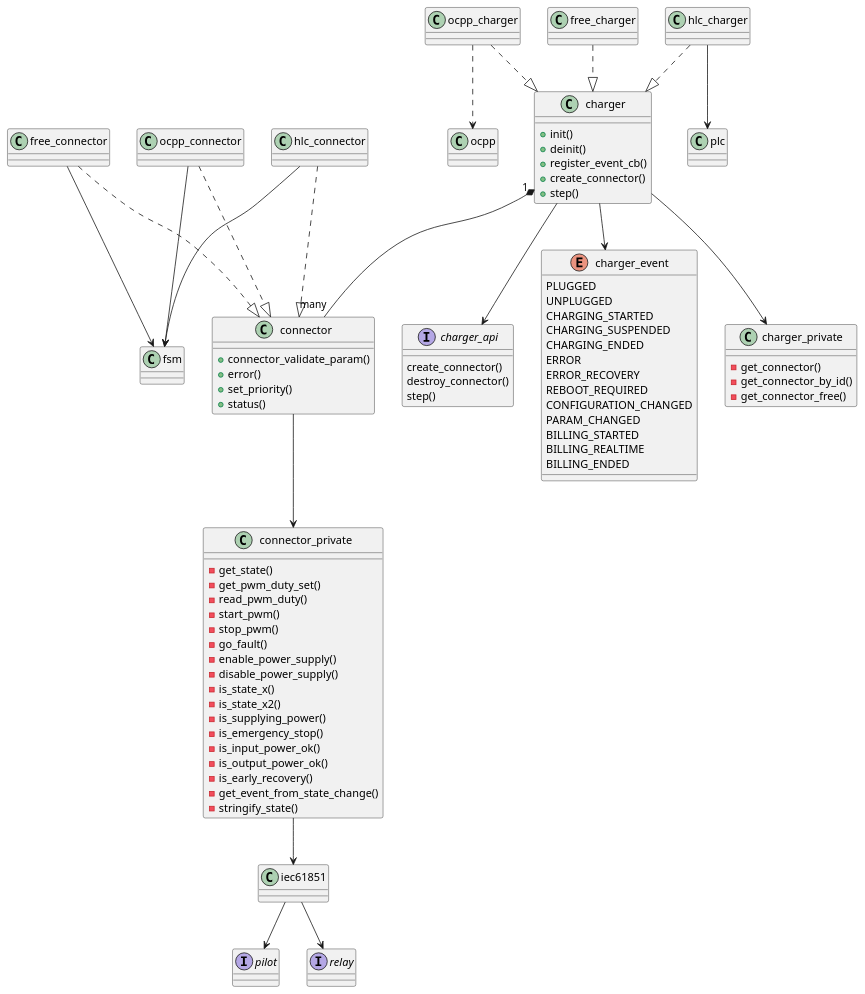
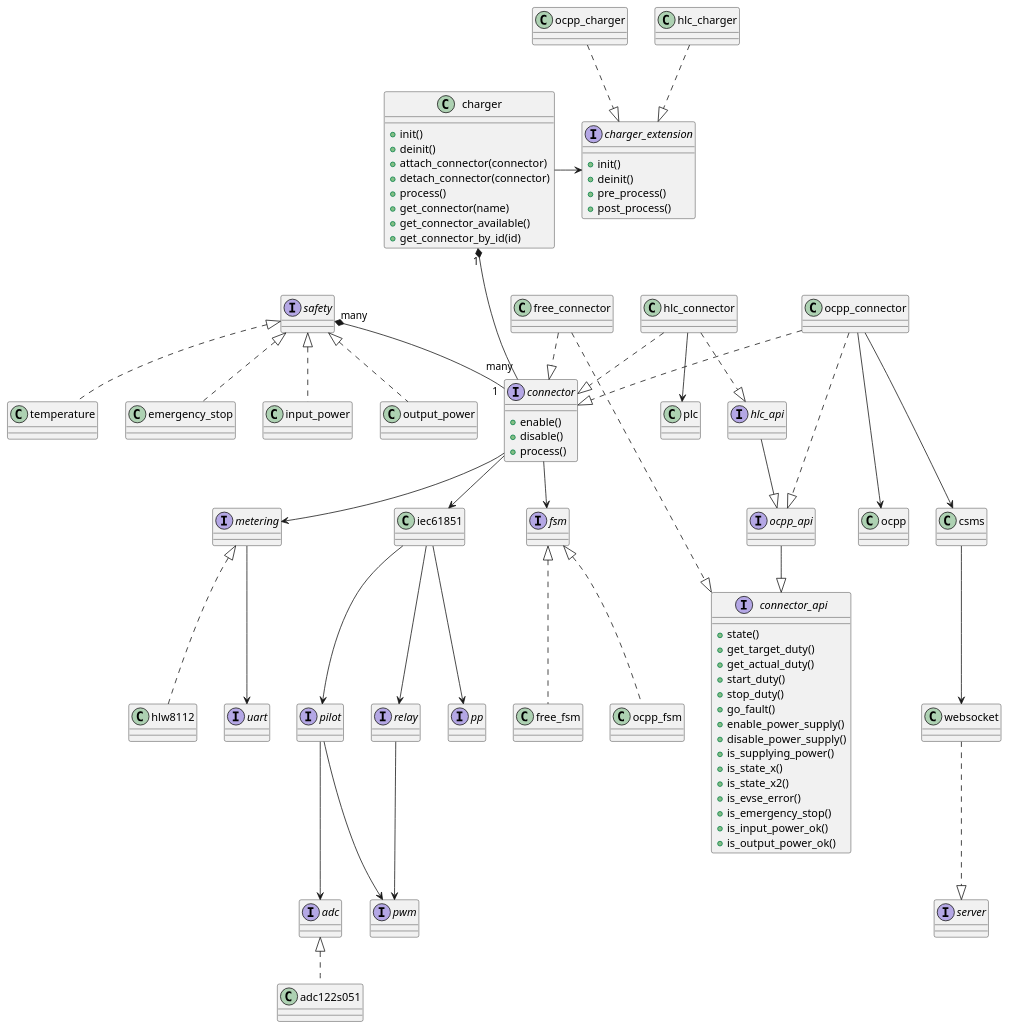
The diagram in docs/diagrams/charger.puml (pazzk-labs/evse), drawn with PlantUML before and after one commit. The commit also changed 75 other files, not shown here.

```diff
--- a/docs/diagrams/charger.puml
+++ b/docs/diagrams/charger.puml
@@ -1,92 +1,109 @@
 @startuml
-interface charger_api
+
+interface connector {
+	+enable()
+	+disable()
+	+process()
+}
+
+interface connector_api {
+	+state()
+	+get_target_duty()
+	+get_actual_duty()
+	+start_duty()
+	+stop_duty()
+	+go_fault()
+	+enable_power_supply()
+	+disable_power_supply()
+	+is_supplying_power()
+	+is_state_x()
+	+is_state_x2()
+	+is_evse_error()
+	+is_emergency_stop()
+	+is_input_power_ok()
+	+is_output_power_ok()
+}
+
+interface ocpp_api
+interface hlc_api
+
+interface fsm
+interface metering
+interface safety
 interface pilot
 interface relay
+interface pp
+interface server
+interface adc
+interface pwm
+interface uart
 
-enum charger_event {
-	PLUGGED
-	UNPLUGGED
-	CHARGING_STARTED
-	CHARGING_SUSPENDED
-	CHARGING_ENDED
-	ERROR
-	ERROR_RECOVERY
-	REBOOT_REQUIRED
-	CONFIGURATION_CHANGED
-	PARAM_CHANGED
-	BILLING_STARTED
-	BILLING_REALTIME
-	BILLING_ENDED
-}
-
-interface charger_api {
-	create_connector()
-	destroy_connector()
-	step()
+interface charger_extension {
+	+init()
+	+deinit()
+	+pre_process()
+	+post_process()
 }
 
 class charger {
 	+init()
 	+deinit()
-	+register_event_cb()
-	+create_connector()
-	+step()
+	+attach_connector(connector)
+	+detach_connector(connector)
+	+process()
+	+get_connector(name)
+	+get_connector_available()
+	+get_connector_by_id(id)
 }
 
-class charger_private {
-	-get_connector()
-	-get_connector_by_id()
-	-get_connector_free()
-}
+pilot --> adc
+pilot --> pwm
+relay --> pwm
 
-class connector {
-	+connector_validate_param()
-	+error()
-	+set_priority()
-	+status()
-}
+metering --> uart
+metering <|.. hlw8112
 
-class connector_private {
-	-get_state()
-	-get_pwm_duty_set()
-	-read_pwm_duty()
-	-start_pwm()
-	-stop_pwm()
-	-go_fault()
-	-enable_power_supply()
-	-disable_power_supply()
-	-is_state_x()
-	-is_state_x2()
-	-is_supplying_power()
-	-is_emergency_stop()
-	-is_input_power_ok()
-	-is_output_power_ok()
-	-is_early_recovery()
-	-get_event_from_state_change()
-	-stringify_state()
-}
+adc <|.. adc122s051
 
-charger "1" *-- "many" connector
-charger --> charger_private
-charger --> charger_event
-charger --> charger_api
+iec61851 --> pilot
+iec61851 --> relay
+iec61851 --> pp
+
+connector --> fsm
+connector --> iec61851
+safety "many" *-- "1" connector
+connector --> metering
+
 free_connector ..|> connector
 ocpp_connector ..|> connector
 hlc_connector ..|> connector
-free_charger ..|> charger
-ocpp_charger ..|> charger
-hlc_charger ..|> charger
 
-connector --> connector_private
-connector_private --> iec61851
-iec61851 --> pilot
-iec61851 --> relay
+free_connector ...|> connector_api
+ocpp_connector ...|> ocpp_api
+hlc_connector ..|> hlc_api
 
-free_connector --> fsm
-ocpp_connector --> fsm
-hlc_connector --> fsm
+ocpp_api --|> connector_api
+hlc_api --|> ocpp_api
 
-ocpp_charger ..> ocpp
+fsm <|.. free_fsm
+fsm <|.. ocpp_fsm
 
-hlc_charger --> plc
+ocpp_connector ---> ocpp
+ocpp_connector ---> csms
+csms --> websocket
+websocket ..|> server
+
+hlc_connector --> plc
+
+safety <|.. input_power
+safety <|.. output_power
+safety <|.. temperature
+safety <|.. emergency_stop
+
+charger "1" *--- "many" connector
+charger -> charger_extension
+
+ocpp_charger ..|> charger_extension
+hlc_charger ..|> charger_extension
+
 @enduml
```
